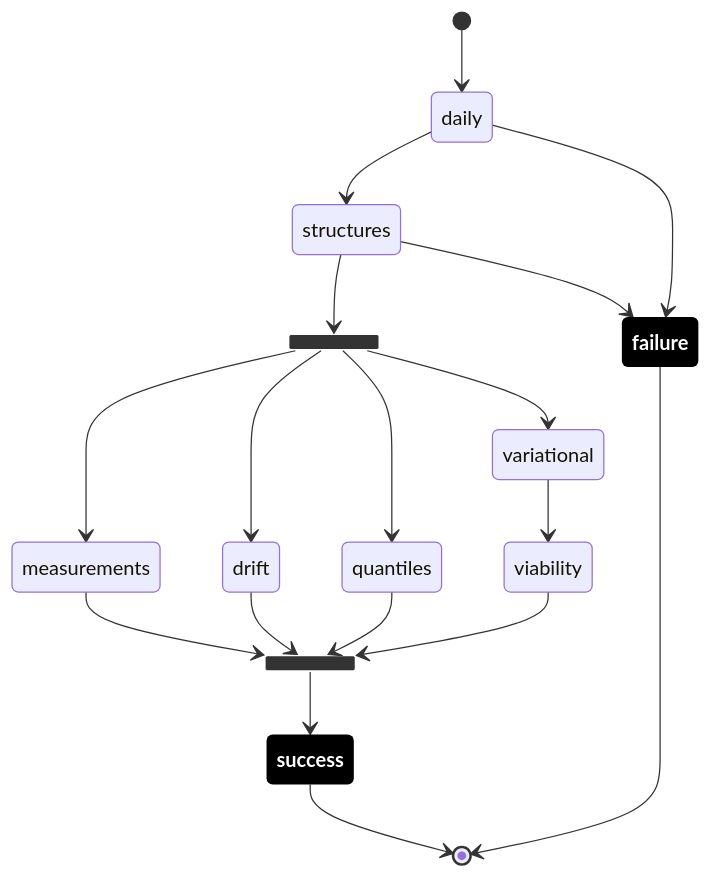
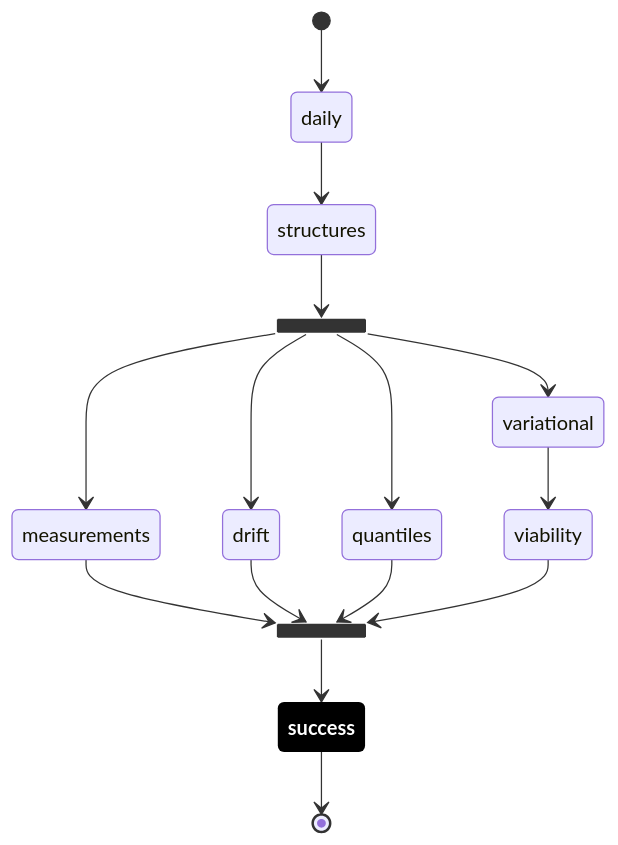
The diagram in profile/README.md (repatterning/.github), drawn with Mermaid before and after one commit.

````diff
--- a/profile/README.md
+++ b/profile/README.md
@@ -7,30 +7,26 @@
 ```mermaid
 stateDiagram-v2
     state director <<fork>>
 
       classDef SNS fill:#000,color:white,font-weight:bold,stroke-width:0
       class success SNS
-      class failure SNS   
 
       [*] --> daily
       daily --> structures
       structures --> director
       director --> measurements
       director --> drift
       director --> quantiles
       director --> variational
       variational --> viability
 
       state integrator <<join>>
       measurements --> integrator
       drift --> integrator
       quantiles --> integrator
       viability --> integrator
       integrator --> success
-      
-      daily --> failure
-      structures --> failure
 
       success --> [*]
-      failure --> [*]
+
 ```
````
